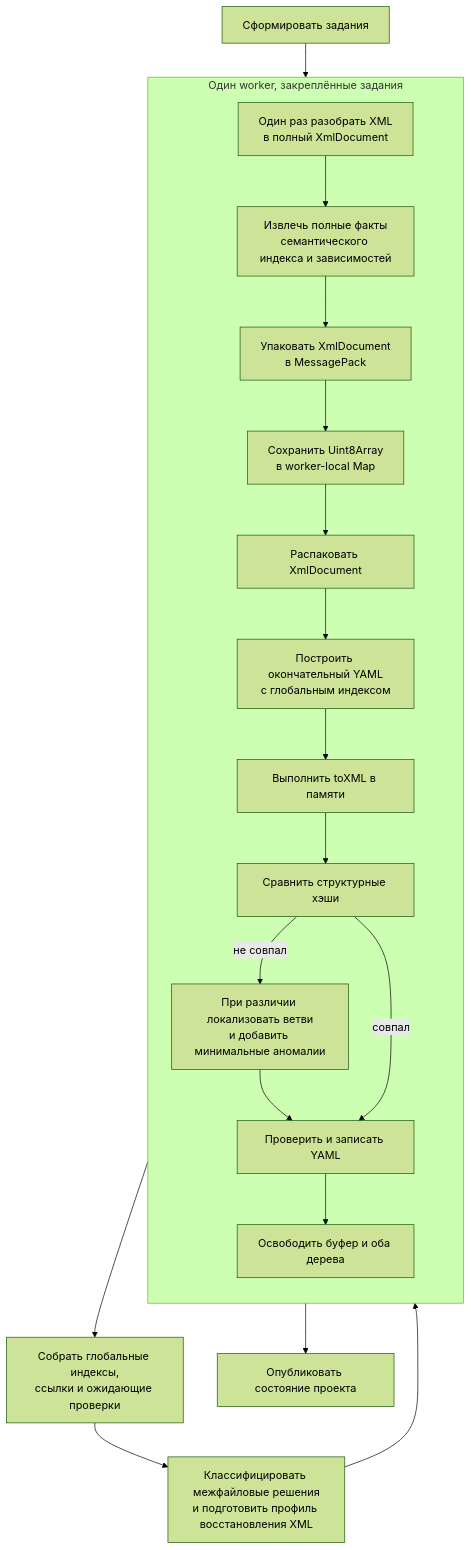
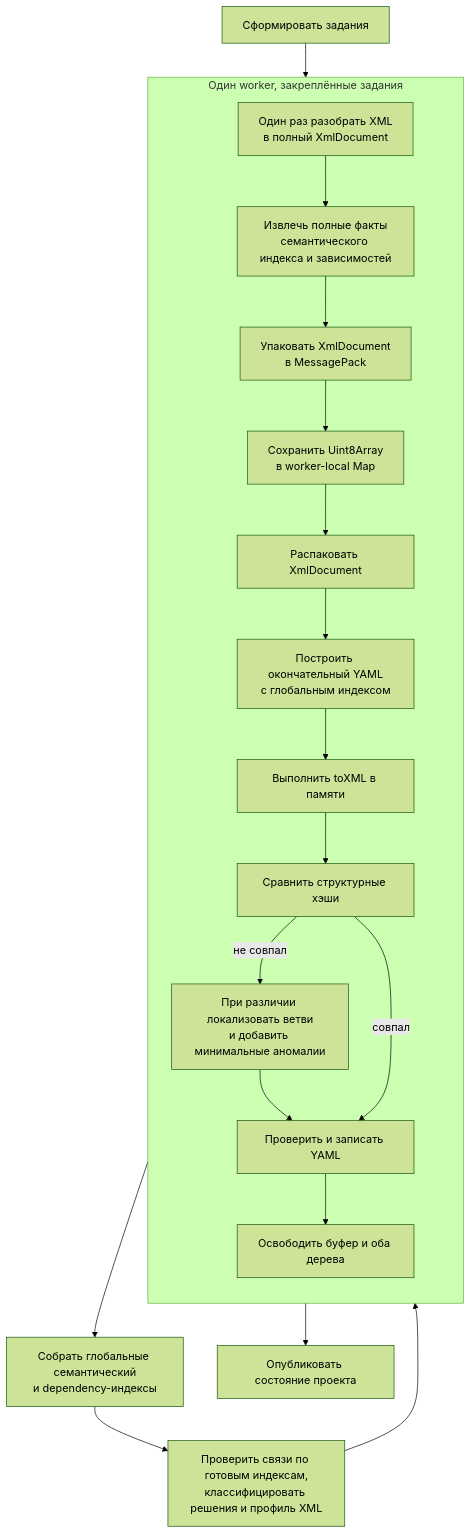
Before and after one commit to crimsongoldteam/nkdk: the diagram in docs/superpowers/specs/2026-09-01-packed-xml-import-design.md, drawn with Mermaid (forest theme). The commit also changed other lines of this file and 9 other files, not shown here.

````diff
--- a/docs/superpowers/specs/2026-09-01-packed-xml-import-design.md
+++ b/docs/superpowers/specs/2026-09-01-packed-xml-import-design.md
@@ -39,33 +39,33 @@
 ```mermaid
 flowchart TD
   discover["Сформировать задания"]
 
   subgraph worker["Один worker, закреплённые задания"]
     direction TD
     parse["Один раз разобрать XML<br/>в полный XmlDocument"]
     facts["Извлечь полные факты<br/>семантического индекса и зависимостей"]
     pack["Упаковать XmlDocument<br/>в MessagePack"]
     retain["Сохранить Uint8Array<br/>в worker-local Map"]
     unpack["Распаковать XmlDocument"]
     yaml["Построить окончательный YAML<br/>с глобальным индексом"]
     export["Выполнить toXML в памяти"]
     hash["Сравнить структурные хэши"]
     proof["При различии локализовать ветви<br/>и добавить минимальные аномалии"]
     write["Проверить и записать YAML"]
     release["Освободить буфер и оба дерева"]
 
     parse --> facts --> pack --> retain
     retain --> unpack --> yaml --> export --> hash
     hash -->|"не совпал"| proof --> write
     hash -->|"совпал"| write
     write --> release
   end
 
-  merge["Собрать глобальные индексы,<br/>ссылки и ожидающие проверки"]
-  decisions["Классифицировать межфайловые решения<br/>и подготовить профиль восстановления XML"]
+  merge["Собрать глобальные семантический<br/>и dependency-индексы"]
+  decisions["Проверить связи по готовым индексам,<br/>классифицировать решения и профиль XML"]
   publish["Опубликовать состояние проекта"]
 
   discover --> parse
   facts --> merge --> decisions --> unpack
   release --> publish
 ```
````
